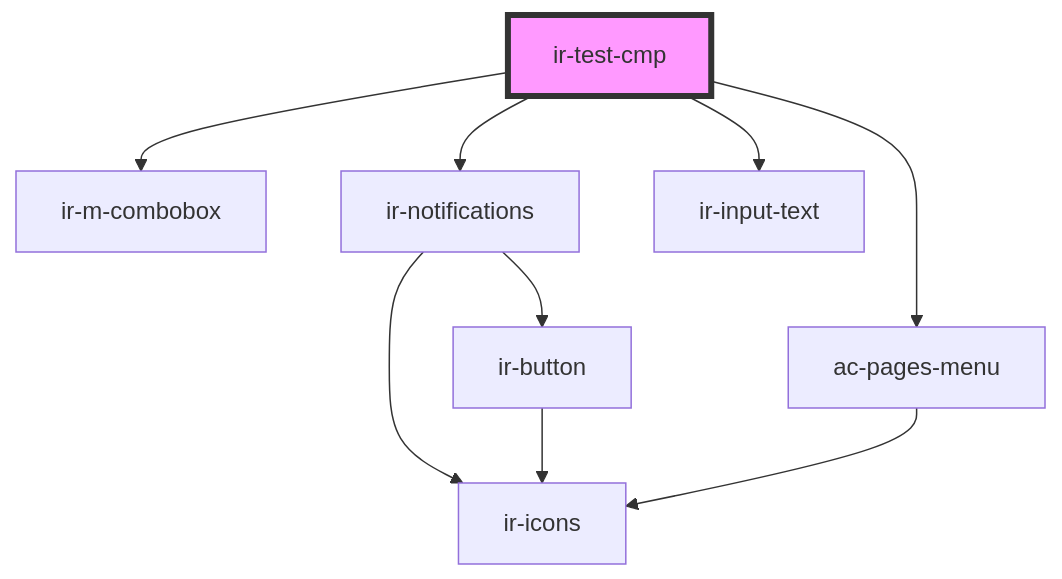
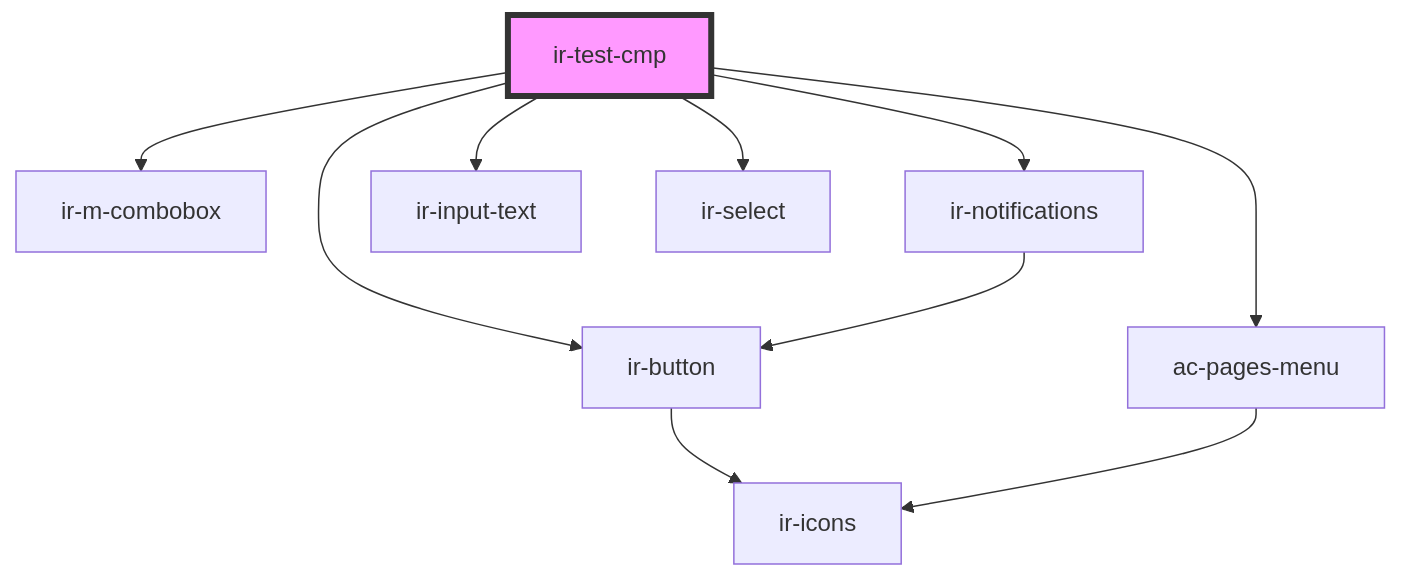
One commit to David1Chowaifaty/modified-ir-webcmp changed the diagram in src/components/ir-test-cmp/readme.md. Above: the diagram before and after it, drawn with Mermaid. The commit also changed other lines of this file and 50 other files, not shown here.

````diff
--- a/src/components/ir-test-cmp/readme.md
+++ b/src/components/ir-test-cmp/readme.md
@@ -18,12 +20,13 @@
 ```mermaid
 graph TD;
   ir-test-cmp --> ir-m-combobox
   ir-test-cmp --> ir-notifications
   ir-test-cmp --> ac-pages-menu
   ir-test-cmp --> ir-input-text
+  ir-test-cmp --> ir-select
+  ir-test-cmp --> ir-button
   ir-notifications --> ir-button
-  ir-notifications --> ir-icons
   ir-button --> ir-icons
   ac-pages-menu --> ir-icons
   style ir-test-cmp fill:#f9f,stroke:#333,stroke-width:4px
 ```
````
